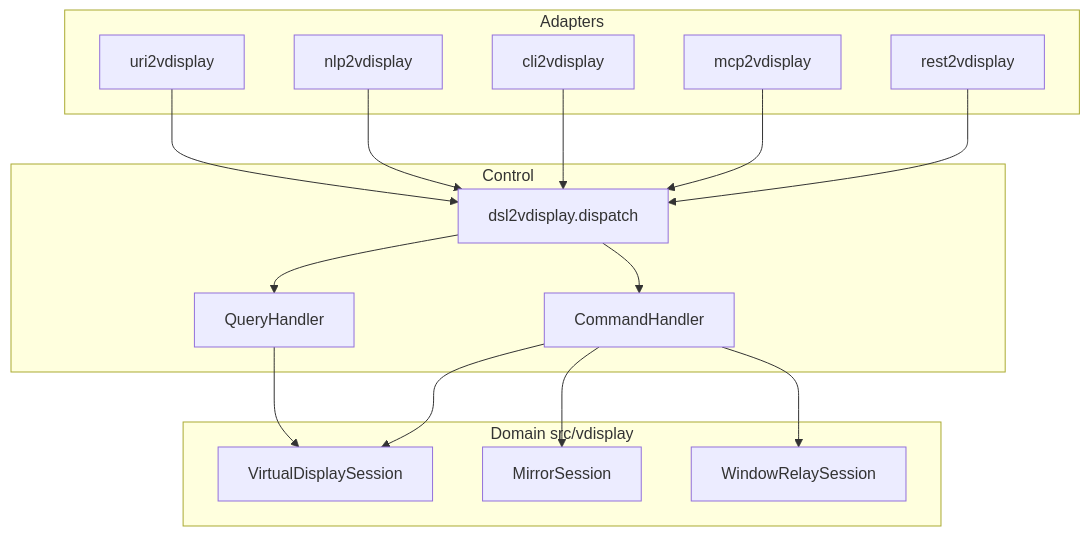
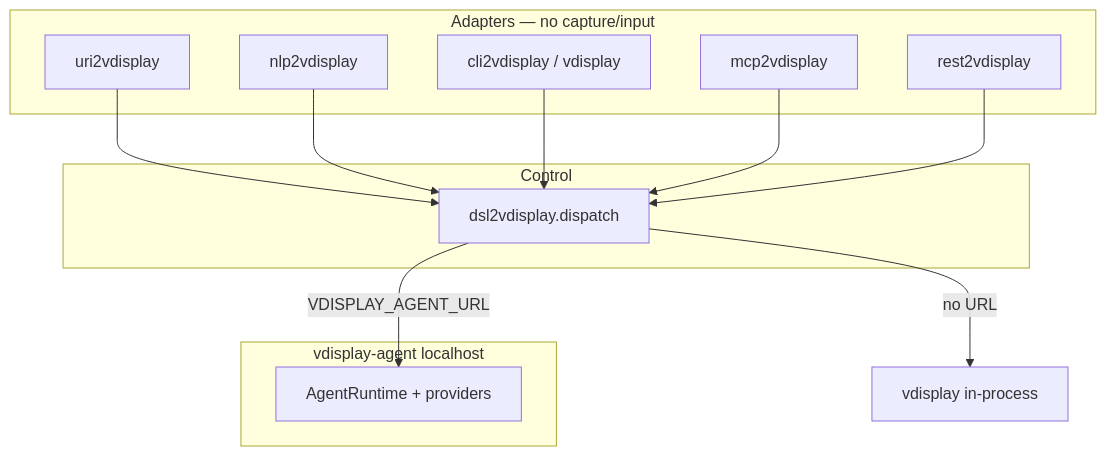
Before and after one commit to wronai/vdisplay: the diagram in packages/README.md, drawn with Mermaid. The commit also changed other lines of this file and 152 other files, not shown here.

````diff
--- a/packages/README.md
+++ b/packages/README.md
@@ -18,31 +26,23 @@
 ```mermaid
 flowchart TB
-  subgraph adapters [Adapters]
+  subgraph adapters [Adapters — no capture/input]
     URI[uri2vdisplay]
     NLP[nlp2vdisplay]
-    CLI[cli2vdisplay]
+    CLI[cli2vdisplay / vdisplay]
     MCP[mcp2vdisplay]
     REST[rest2vdisplay]
   end
   subgraph control [Control]
     DSL[dsl2vdisplay.dispatch]
-    Q[QueryHandler]
-    C[CommandHandler]
   end
-  subgraph domain [Domain src/vdisplay]
-    VD[VirtualDisplaySession]
-    MR[MirrorSession]
-    RL[WindowRelaySession]
+  subgraph broker [vdisplay-agent localhost]
+    AG[AgentRuntime + providers]
   end
   URI --> DSL
   NLP --> DSL
   CLI --> DSL
   MCP --> DSL
   REST --> DSL
-  DSL --> Q
-  DSL --> C
-  Q --> VD
-  C --> VD
-  C --> MR
-  C --> RL
+  DSL -->|VDISPLAY_AGENT_URL| AG
+  DSL -->|no URL| LOCAL[vdisplay in-process]
 ```
````
